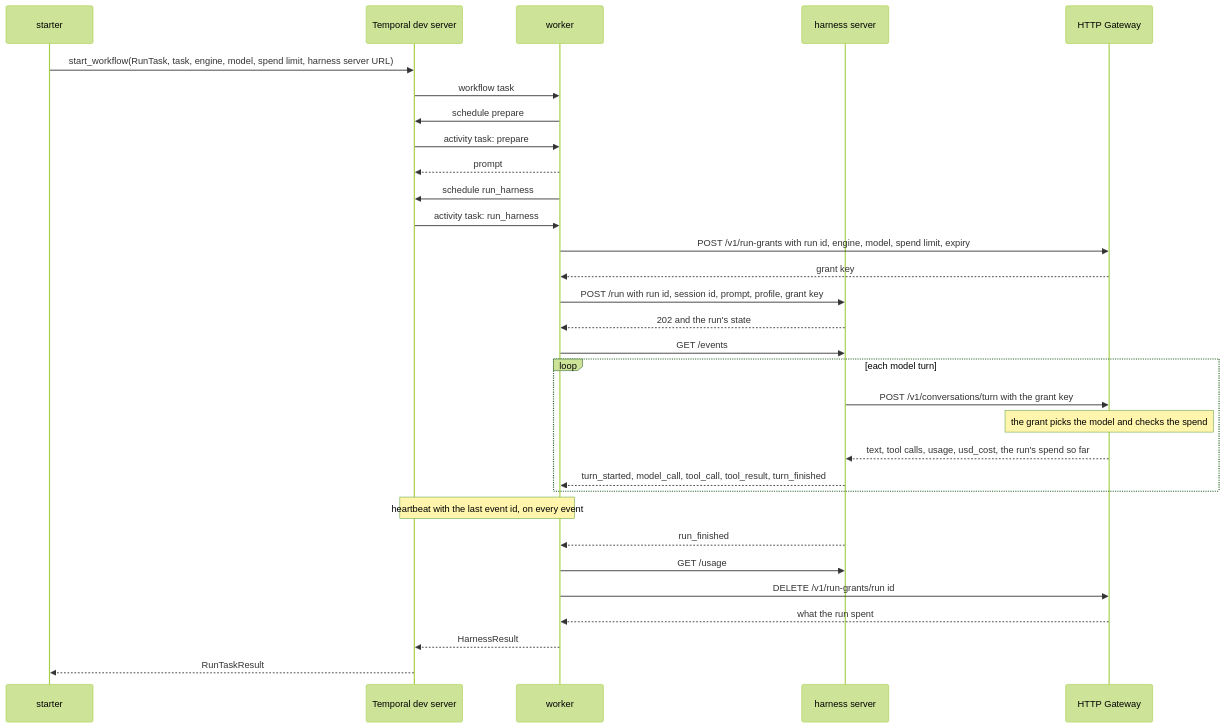
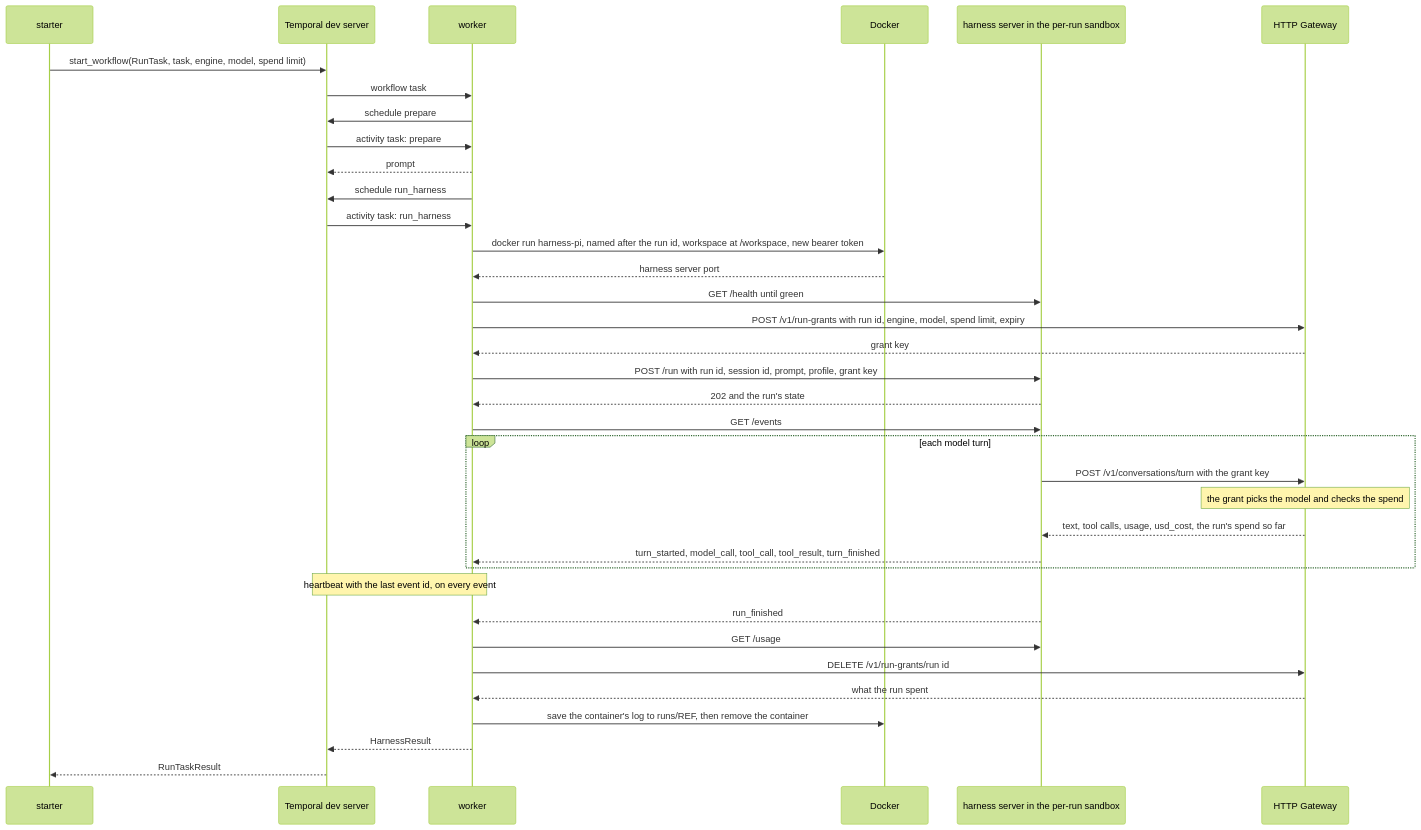
Before and after one commit to davecthomas/meta-harness: the diagram in samples/temporal-run-task/README.md, drawn with Mermaid (forest theme). The commit also changed other lines of this file and 14 other files, not shown here.

First line of the commit message:
harness/docker-sandbox: each run's harness server runs in its own container

````diff
--- a/samples/temporal-run-task/README.md
+++ b/samples/temporal-run-task/README.md
@@ -83,33 +88,38 @@
 ```mermaid
 sequenceDiagram
     participant S as starter
     participant T as Temporal dev server
     participant W as worker
-    participant H as harness server
+    participant D as Docker
+    participant H as harness server in the per-run sandbox
     participant G as HTTP Gateway
-    S->>T: start_workflow(RunTask, task, engine, model, spend limit, harness server URL)
+    S->>T: start_workflow(RunTask, task, engine, model, spend limit)
     T->>W: workflow task
     W->>T: schedule prepare
     T->>W: activity task: prepare
     W-->>T: prompt
     W->>T: schedule run_harness
     T->>W: activity task: run_harness
+    W->>D: docker run harness-pi, named after the run id, workspace at /workspace, new bearer token
+    D-->>W: harness server port
+    W->>H: GET /health until green
     W->>G: POST /v1/run-grants with run id, engine, model, spend limit, expiry
     G-->>W: grant key
     W->>H: POST /run with run id, session id, prompt, profile, grant key
     H-->>W: 202 and the run's state
     W->>H: GET /events
     loop each model turn
         H->>G: POST /v1/conversations/turn with the grant key
         Note over G: the grant picks the model and checks the spend
         G-->>H: text, tool calls, usage, usd_cost, the run's spend so far
         H-->>W: turn_started, model_call, tool_call, tool_result, turn_finished
     end
     Note over W,T: heartbeat with the last event id, on every event
     H-->>W: run_finished
     W->>H: GET /usage
     W->>G: DELETE /v1/run-grants/run id
     G-->>W: what the run spent
+    W->>D: save the container's log to runs/REF, then remove the container
     W-->>T: HarnessResult
     T-->>S: RunTaskResult
 ```
````
